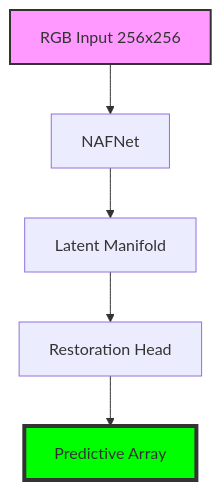
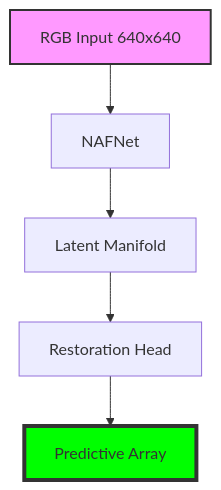
One commit to lemgenda/lemgendary-pretrained-models changed the diagram in nafnet_denoising/README.md. Above: the diagram before and after it, drawn with Mermaid. The commit also changed other lines of this file and 31 other files, not shown here.

````diff
--- a/nafnet_denoising/README.md
+++ b/nafnet_denoising/README.md
@@ -16,10 +16,10 @@
 ```mermaid
 graph TD
-    Input[RGB Input 256x256] --> Backbone[NAFNet]
+    Input[RGB Input 640x640] --> Backbone[NAFNet]
     Backbone --> Manifold[Latent Manifold]
     Manifold --> Head[Restoration Head]
     Head --> Output[Predictive Array]
     
     style Input fill:#f9f,stroke:#333,stroke-width:2px
     style Output fill:#00ff00,stroke:#333,stroke-width:4px
 ```
````
